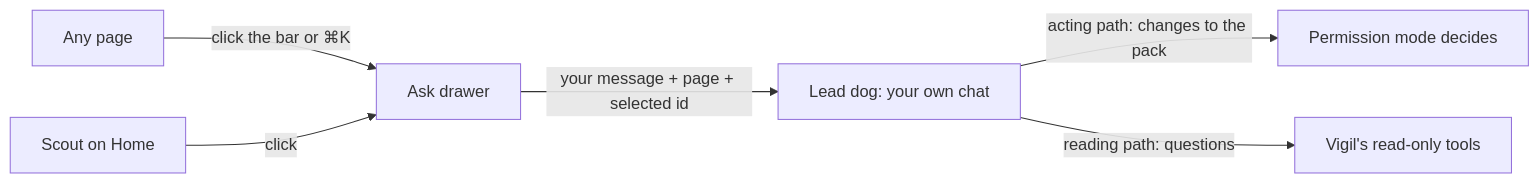
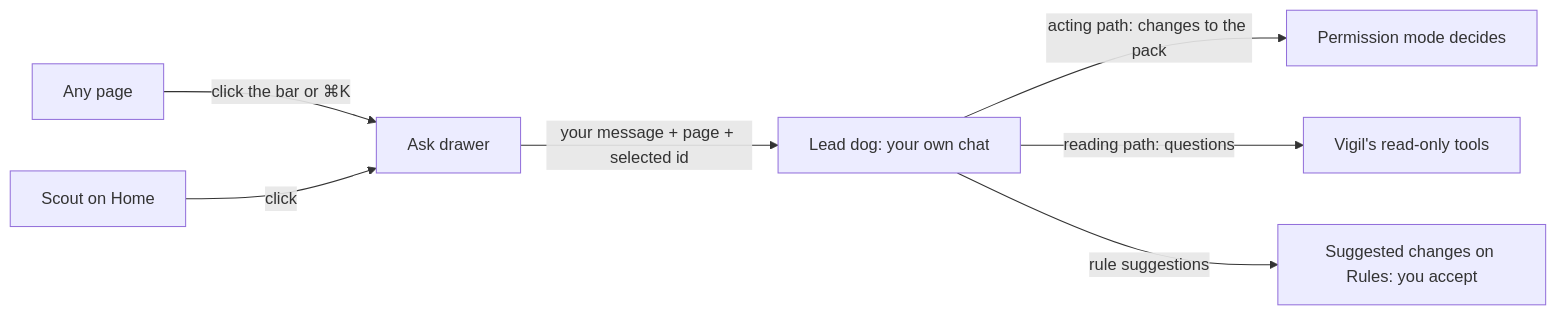
One commit to ShmalexM/Vigil-at-Home changed the third of 5 diagrams in docs/pack.md. Above: the diagram before and after it, drawn with Mermaid. The commit also changed other lines of this file and 44 other files, not shown here.

First line of the commit message:
Scout drafts rule changes; the helper applies rules and lists in one step (#164)

````diff
--- a/docs/pack.md
+++ b/docs/pack.md
@@ -82,8 +106,9 @@
 ```mermaid
 flowchart LR
   P[Any page] -->|click the bar or ⌘K| D[Ask drawer]
   H[Scout on Home] -->|click| D
   D -->|your message + page + selected id| L[Lead dog: your own chat]
   L -->|acting path: changes to the pack| G[Permission mode decides]
   L -->|reading path: questions| T[Vigil's read-only tools]
+  L -->|rule suggestions| S[Suggested changes on Rules: you accept]
 ```
````
